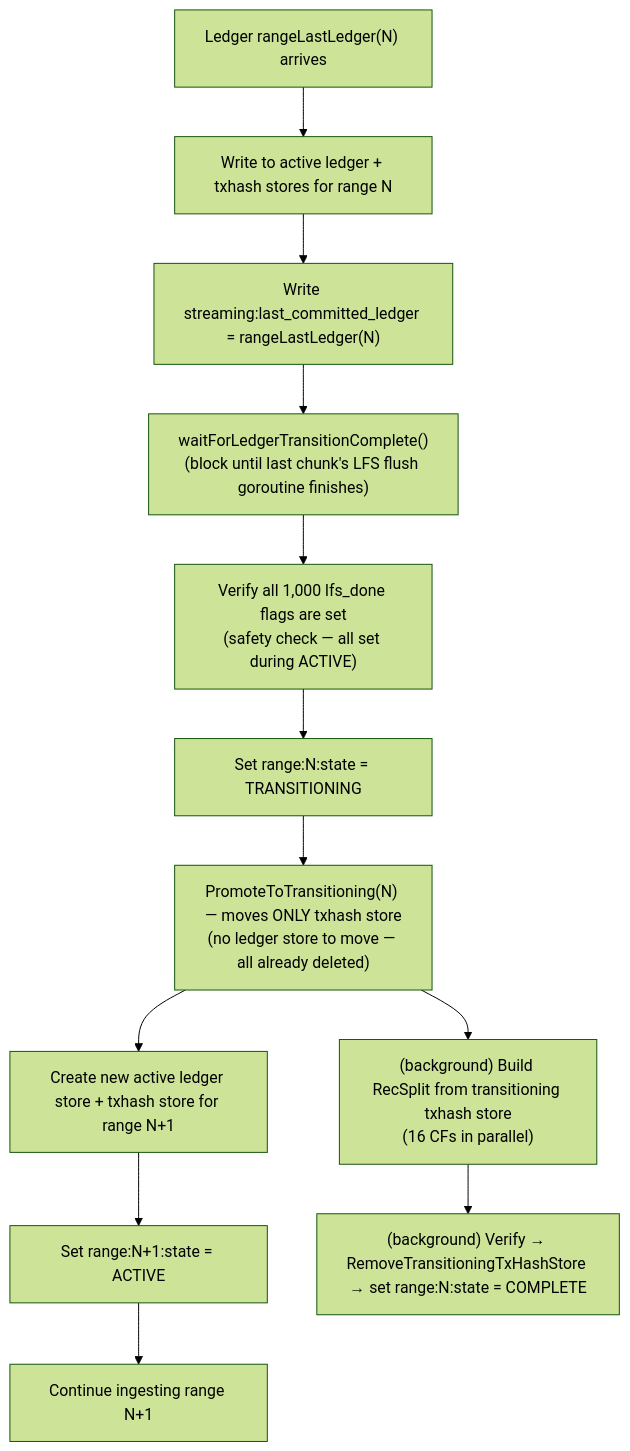
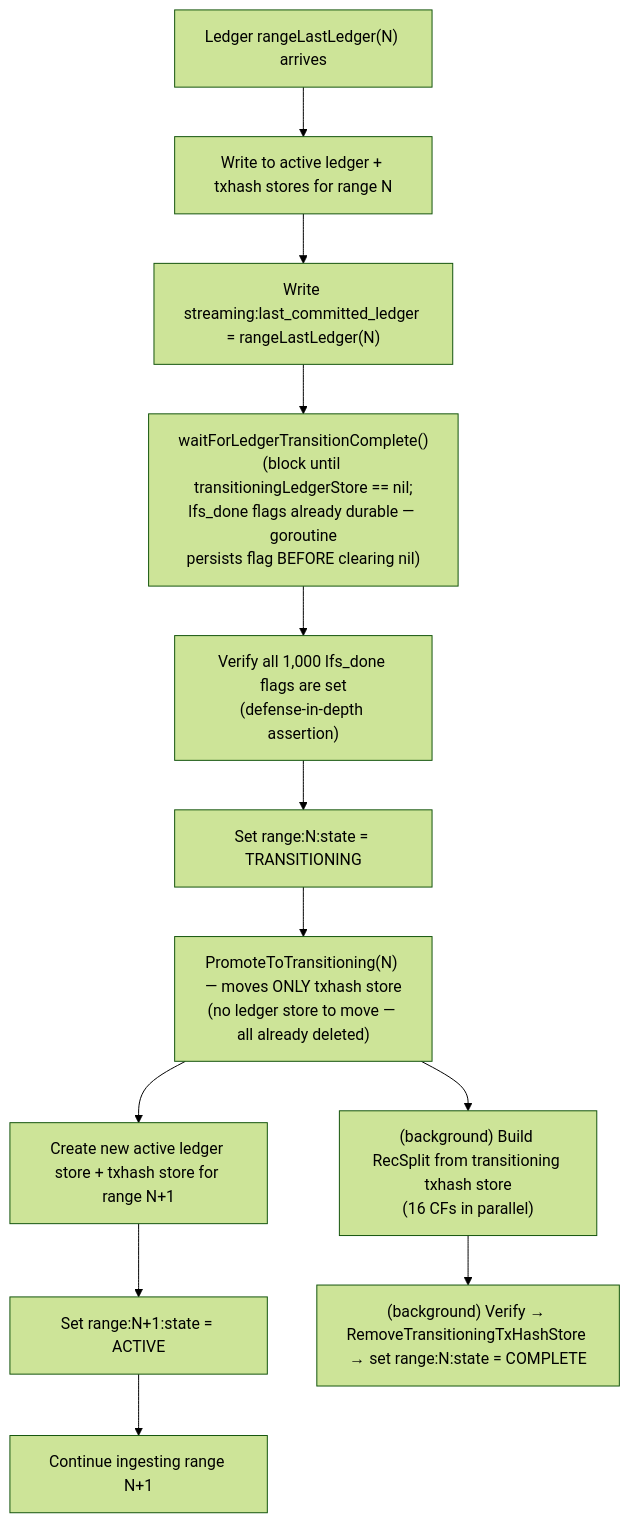
The first of 2 diagrams in design-docs-v2/11-checkpointing-and-transitions.md (karthikiyer56/stellar-full-history-ingestion), drawn with Mermaid (forest theme) before and after one commit. The commit also changed other lines of this file and 8 other files, not shown here.

First line of the commit message:
docs: architecture review fixes — atomicity, crash recovery, lifecycle contracts

````diff
--- a/design-docs-v2/11-checkpointing-and-transitions.md
+++ b/design-docs-v2/11-checkpointing-and-transitions.md
@@ -178,14 +182,14 @@
 ```mermaid
 flowchart TD
     A["Ledger rangeLastLedger(N) arrives"] --> B["Write to active ledger + txhash stores for range N"]
     B --> C["Write streaming:last_committed_ledger = rangeLastLedger(N)"]
-    C --> W["waitForLedgerTransitionComplete()\n(block until last chunk's LFS flush goroutine finishes)"]
-    W --> V["Verify all 1,000 lfs_done flags are set\n(safety check — all set during ACTIVE)"]
+    C --> W["waitForLedgerTransitionComplete()\n(block until transitioningLedgerStore == nil;\nlfs_done flags already durable — goroutine\npersists flag BEFORE clearing nil)"]
+    W --> V["Verify all 1,000 lfs_done flags are set\n(defense-in-depth assertion)"]
     V --> D["Set range:N:state = TRANSITIONING"]
     D --> P["PromoteToTransitioning(N) — moves ONLY txhash store\n(no ledger store to move — all already deleted)"]
     P --> F["Create new active ledger store + txhash store for range N+1"]
     F --> G["Set range:N+1:state = ACTIVE"]
     G --> H["Continue ingesting range N+1"]
     P --> R["(background) Build RecSplit from transitioning txhash store\n(16 CFs in parallel)"]
     R --> K["(background) Verify → RemoveTransitioningTxHashStore → set range:N:state = COMPLETE"]
 ```
````
